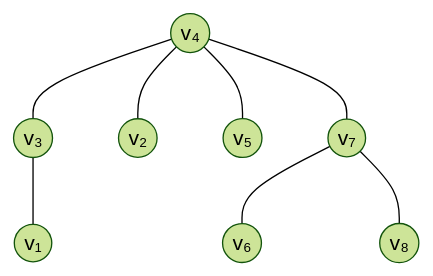
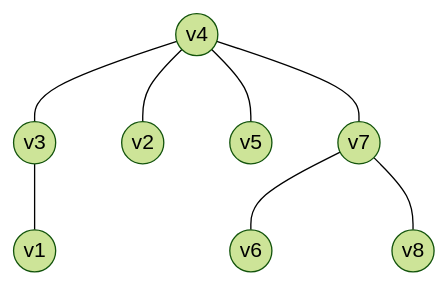
One commit to Choroning/25Fall_Discrete-Mathematics changed the second of 2 diagrams in Coursework/HW11_Graphs-Isomorphism-and-Trees/Original/Assignment.ko.md. Above: the diagram before and after it, drawn with Mermaid (forest theme). The commit also changed other lines of this file and 37 other files, not shown here.

````diff
--- a/Coursework/HW11_Graphs-Isomorphism-and-Trees/Original/Assignment.ko.md
+++ b/Coursework/HW11_Graphs-Isomorphism-and-Trees/Original/Assignment.ko.md
@@ -124,10 +124,10 @@
 ```mermaid
 graph TD
-    v4((v₄)) --- v3((v₃))
-    v3 --- v1((v₁))
-    v4 --- v2((v₂))
-    v4 --- v5((v₅))
-    v4 --- v7((v₇))
-    v7 --- v6((v₆))
-    v7 --- v8((v₈))
+    v4((v4)) --- v3((v3))
+    v3 --- v1((v1))
+    v4 --- v2((v2))
+    v4 --- v5((v5))
+    v4 --- v7((v7))
+    v7 --- v6((v6))
+    v7 --- v8((v8))
 ```
````
